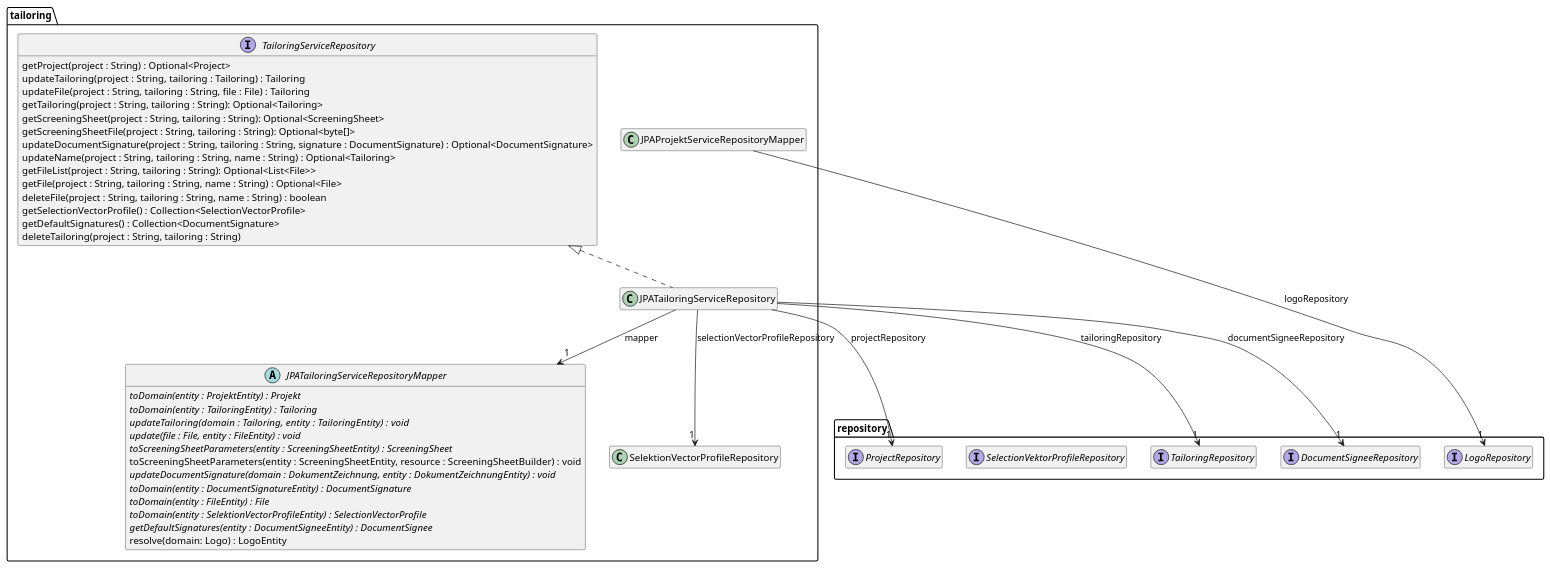
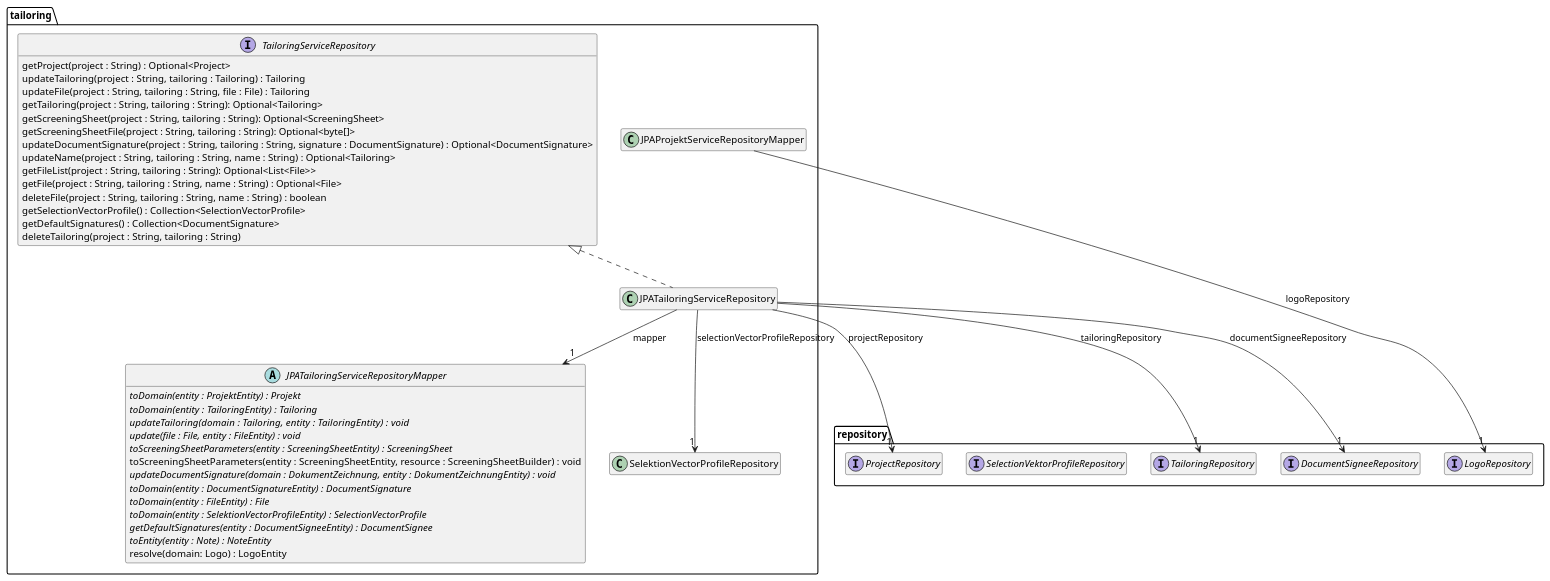
One commit to tailoringexpert/platform changed the diagram in src/site/arc42/plantuml/data-jpa/tailoring/Ebene3.plantuml. Above: the diagram before and after it, drawn with PlantUML. The commit also changed 51 other files, not shown here.

```diff
--- a/src/site/arc42/plantuml/data-jpa/tailoring/Ebene3.plantuml
+++ b/src/site/arc42/plantuml/data-jpa/tailoring/Ebene3.plantuml
@@ -1,58 +1,59 @@
 @startuml Ebene3.png
 hide empty members
 
 package repository {
     interface LogoRepository
     interface ProjectRepository
     interface TailoringRepository
     interface SelectionVektorProfileRepository
     interface DocumentSigneeRepository
 }
 
 package tailoring {
 
     interface TailoringServiceRepository {
         getProject(project : String) : Optional<Project>
         updateTailoring(project : String, tailoring : Tailoring) : Tailoring
         updateFile(project : String, tailoring : String, file : File) : Tailoring
         getTailoring(project : String, tailoring : String): Optional<Tailoring>
         getScreeningSheet(project : String, tailoring : String): Optional<ScreeningSheet>
         getScreeningSheetFile(project : String, tailoring : String): Optional<byte[]>
         updateDocumentSignature(project : String, tailoring : String, signature : DocumentSignature) : Optional<DocumentSignature>
         updateName(project : String, tailoring : String, name : String) : Optional<Tailoring>
         getFileList(project : String, tailoring : String): Optional<List<File>>
         getFile(project : String, tailoring : String, name : String) : Optional<File>
         deleteFile(project : String, tailoring : String, name : String) : boolean
         getSelectionVectorProfile() : Collection<SelectionVectorProfile>
         getDefaultSignatures() : Collection<DocumentSignature>
         deleteTailoring(project : String, tailoring : String)
     }
 
 
     abstract class JPATailoringServiceRepositoryMapper {
         {abstract} toDomain(entity : ProjektEntity) : Projekt
         {abstract} toDomain(entity : TailoringEntity) : Tailoring
         {abstract} updateTailoring(domain : Tailoring,  entity : TailoringEntity) : void
         {abstract} update(file : File, entity : FileEntity) : void
         {abstract} toScreeningSheetParameters(entity : ScreeningSheetEntity) : ScreeningSheet
         toScreeningSheetParameters(entity : ScreeningSheetEntity, resource : ScreeningSheetBuilder) : void
         {abstract} updateDocumentSignature(domain : DokumentZeichnung, entity : DokumentZeichnungEntity) : void
         {abstract} toDomain(entity : DocumentSignatureEntity) : DocumentSignature
         {abstract} toDomain(entity : FileEntity) : File
         {abstract} toDomain(entity : SelektionVectorProfileEntity) : SelectionVectorProfile
         {abstract} getDefaultSignatures(entity : DocumentSigneeEntity) : DocumentSignee
+        {abstract} toEntity(entity : Note) : NoteEntity
         resolve(domain: Logo) : LogoEntity
     }
     JPAProjektServiceRepositoryMapper -->  "1" LogoRepository : logoRepository
 
     class JPATailoringServiceRepository {
     }
     TailoringServiceRepository <|.. JPATailoringServiceRepository
     JPATailoringServiceRepository --> "1" JPATailoringServiceRepositoryMapper : mapper
     JPATailoringServiceRepository --> "1" ProjectRepository : projectRepository
     JPATailoringServiceRepository --> "1" TailoringRepository : tailoringRepository
     JPATailoringServiceRepository --> "1" SelektionVectorProfileRepository : selectionVectorProfileRepository
     JPATailoringServiceRepository --> "1" DocumentSigneeRepository : documentSigneeRepository
 
 }
 @enduml
```
